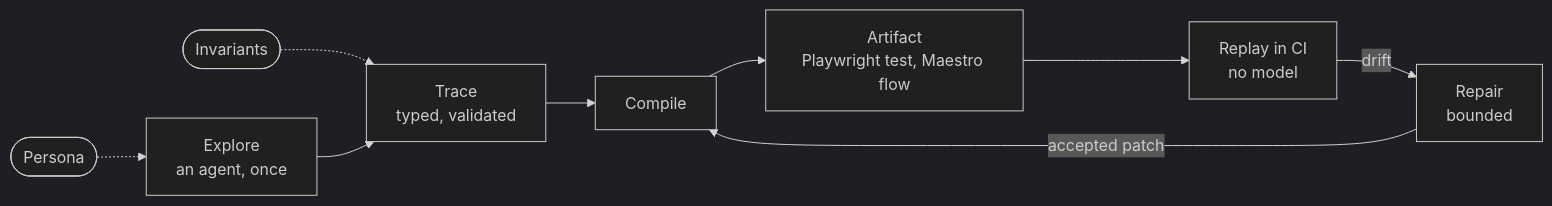
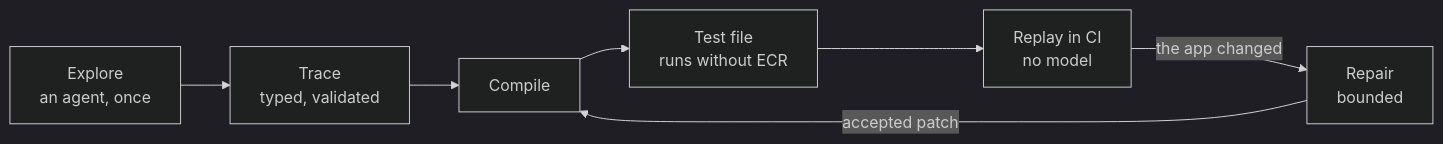
Before and after one commit to Sahinord/explore-compile-replay: the diagram in README.md, drawn with Mermaid (dark theme). The commit also changed other lines of this file and 3 other files, not shown here.

````diff
--- a/README.md
+++ b/README.md
@@ -19,11 +29,9 @@
 ```mermaid
 flowchart LR
-  P([Persona]) -.-> E
-  I([Invariants]) -.-> T
   E["Explore<br/>an agent, once"] --> T["Trace<br/>typed, validated"]
   T --> C[Compile]
-  C --> A["Artifact<br/>Playwright test, Maestro flow"]
+  C --> A["Test file<br/>runs without ECR"]
   A --> R["Replay in CI<br/>no model"]
-  R -- drift --> H["Repair<br/>bounded"]
+  R -- the app changed --> H["Repair<br/>bounded"]
   H -- accepted patch --> C
 ```
````
